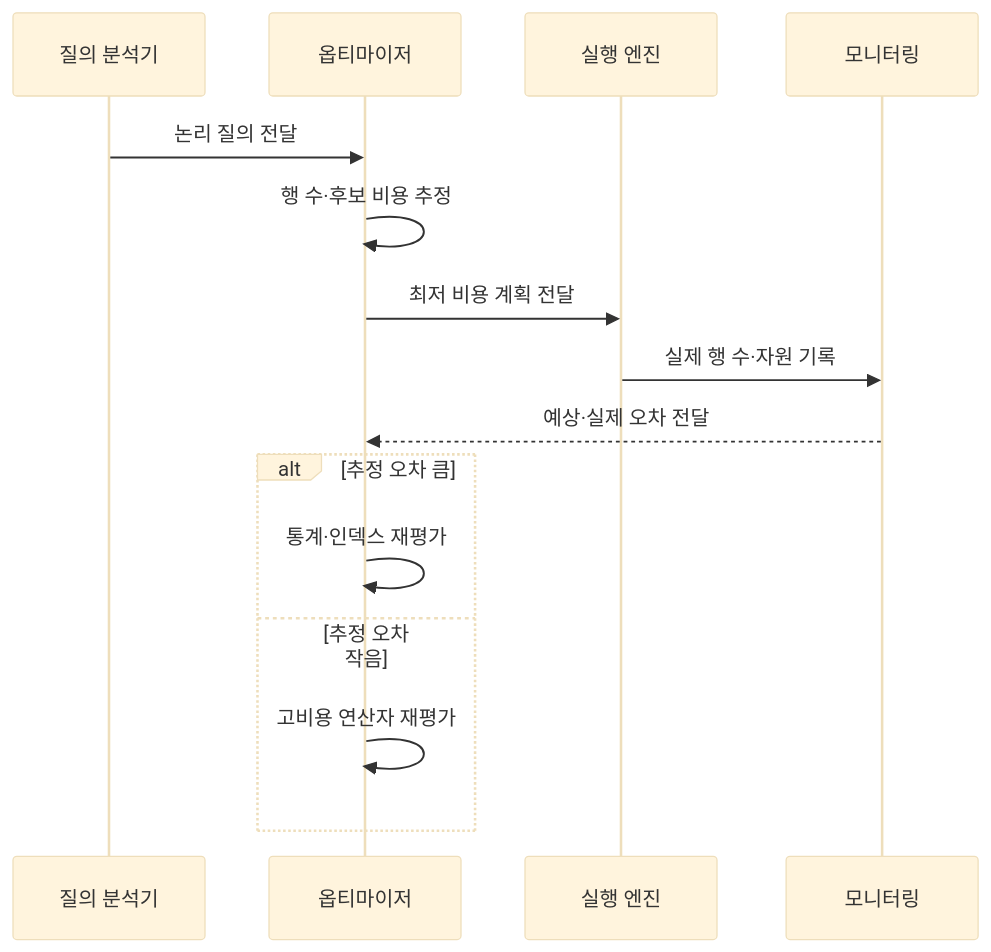
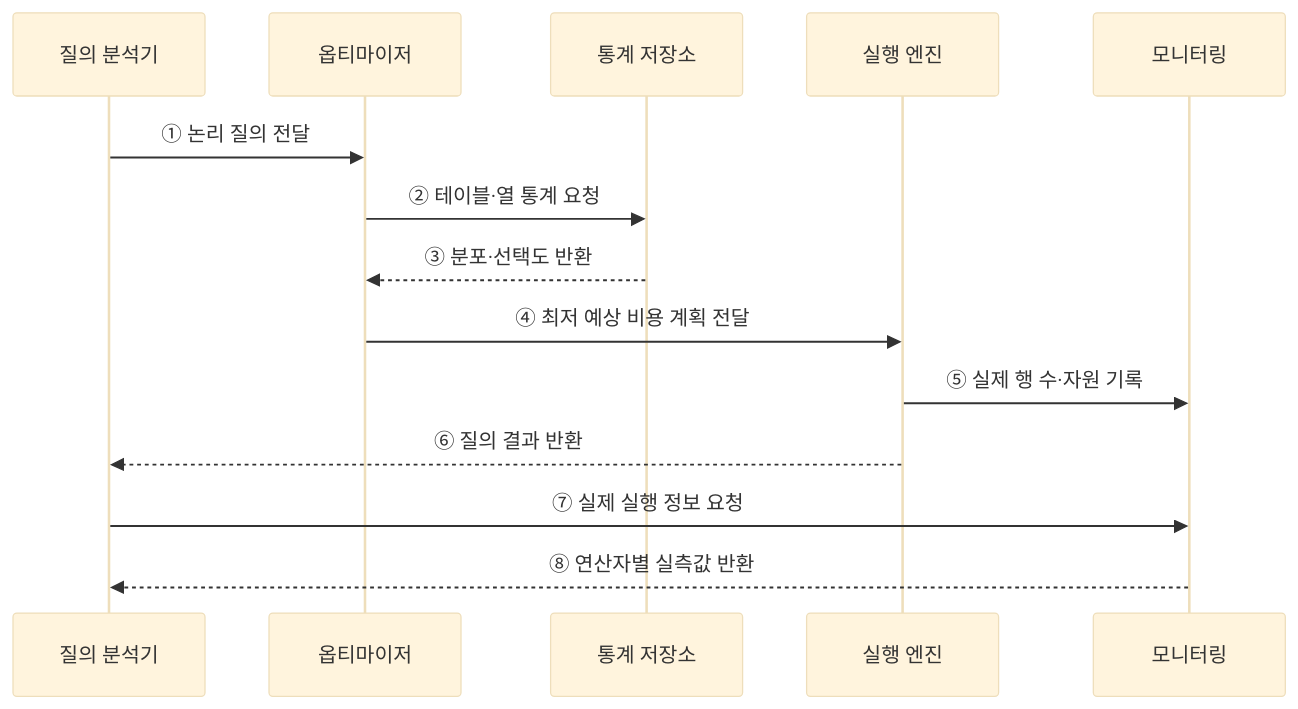
Before and after one commit to agnusdei1207/knowledge-base: the second of 2 diagrams in src/content/docs/notes/03-software/095_query_execution_plan_optimization.md, drawn with Mermaid (base theme). The commit also changed other lines of this file and 20 other files, not shown here.

````diff
--- a/src/content/docs/notes/03-software/095_query_execution_plan_optimization.md
+++ b/src/content/docs/notes/03-software/095_query_execution_plan_optimization.md
@@ -83,17 +71,16 @@
 ```mermaid
 sequenceDiagram
     participant Q as 질의 분석기
     participant O as 옵티마이저
+    participant S as 통계 저장소
     participant E as 실행 엔진
     participant M as 모니터링
-    Q->>O: 논리 질의 전달
-    O->>O: 행 수·후보 비용 추정
-    O->>E: 최저 비용 계획 전달
-    E->>M: 실제 행 수·자원 기록
-    M-->>O: 예상·실제 오차 전달
-    alt 추정 오차 큼
-        O->>O: 통계·인덱스 재평가
-    else 추정 오차 작음
-        O->>O: 고비용 연산자 재평가
-    end
+    Q->>O: ① 논리 질의 전달
+    O->>S: ② 테이블·열 통계 요청
+    S-->>O: ③ 분포·선택도 반환
+    O->>E: ④ 최저 예상 비용 계획 전달
+    E->>M: ⑤ 실제 행 수·자원 기록
+    E-->>Q: ⑥ 질의 결과 반환
+    Q->>M: ⑦ 실제 실행 정보 요청
+    M-->>Q: ⑧ 연산자별 실측값 반환
 ```
````
